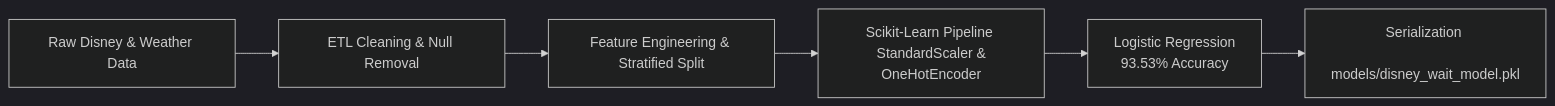
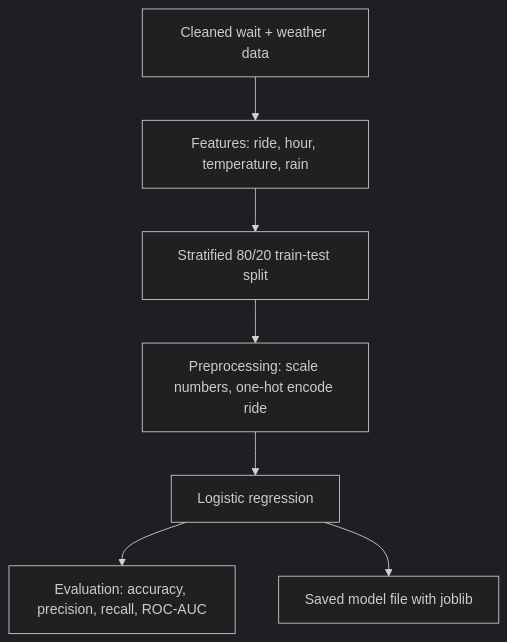
The diagram in README.md (cindyhsugit/disneyland-analysis), drawn with Mermaid (dark theme) before and after one commit. The commit also changed other lines of this file and 2 other files, not shown here.

````diff
--- a/README.md
+++ b/README.md
@@ -7,8 +39,9 @@
 ```mermaid
-graph LR
-    A[Raw Disney & Weather Data] --> B[ETL Cleaning & Null Removal]
-    B --> C[Feature Engineering & Stratified Split]
-    C --> D[Scikit-Learn Pipeline <br> StandardScaler & OneHotEncoder]
-    D --> E[Logistic Regression <br> 93.53% Accuracy]
-    E --> F[Serialization <br> models/disney_wait_model.pkl]
+graph TD
+    A[Cleaned wait + weather data] --> B[Features: ride, hour, temperature, rain]
+    B --> C[Stratified 80/20 train-test split]
+    C --> D[Preprocessing: scale numbers, one-hot encode ride]
+    D --> E[Logistic regression]
+    E --> F[Evaluation: accuracy, precision, recall, ROC-AUC]
+    E --> G[Saved model file with joblib]
 ```
````
